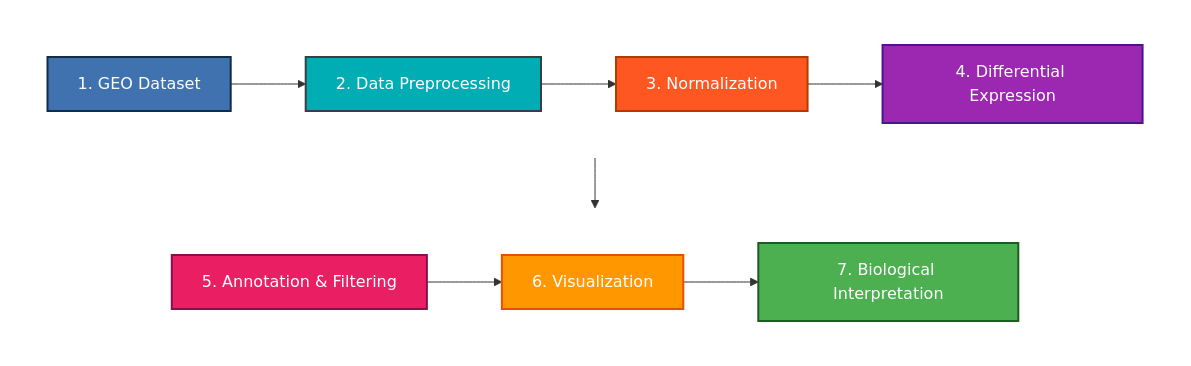
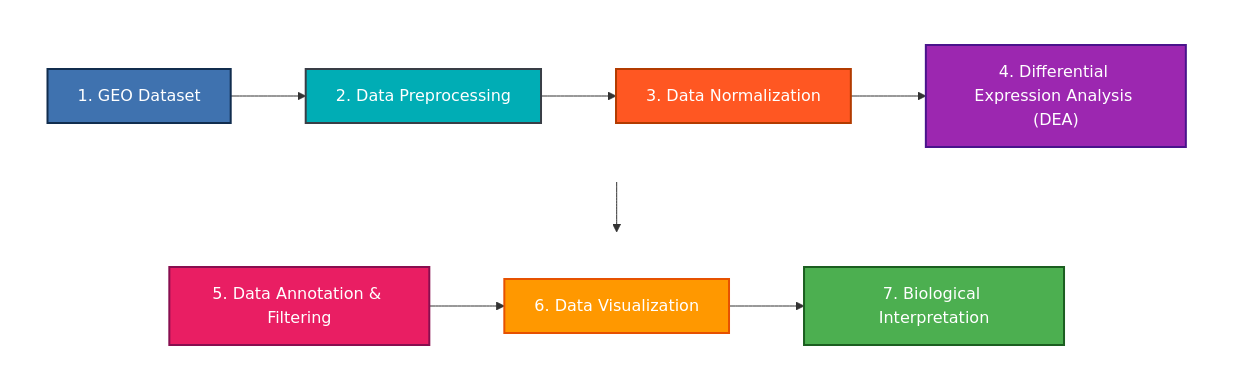
The diagram in README.md (JoseManurung/PDAC-PNI-Transcriptomics-Analysis), drawn with Mermaid before and after one commit. The commit also changed other lines of this file, not shown here.

````diff
--- a/README.md
+++ b/README.md
@@ -80,33 +80,33 @@
 ```mermaid
 graph TD
     %% Top Row: Steps 1 to 4 (Flowing Left to Right)
     subgraph Row1 [ ]
         direction LR
         S1["1. GEO Dataset"] --> S2["2. Data Preprocessing"]
-        S2 --> S3["3. Normalization"]
-        S3 --> S4["4. Differential Expression"]
+        S2 --> S3["3. Data Normalization"]
+        S3 --> S4["4. Differential Expression Analysis (DEA)"]
     end
 
     %% Vertical connector from Step 4 down to Step 5
     S4 --> S5
 
     %% Bottom Row: Steps 5 to 7 (Flowing Right to Left)
     subgraph Row2 [ ]
         direction LR
-        S5["5. Annotation & Filtering"] --> S6["6. Visualization"]
+        S5["5. Data Annotation & Filtering"] --> S6["6. Data Visualization"]
         S6 --> S7["7. Biological Interpretation"]
     end
 
     %% Creative Colorful Styling for Each Step
     style S1 fill:#3f72af,color:#fff,stroke:#112d4e,stroke-width:2px
     style S2 fill:#00adb5,color:#fff,stroke:#393e46,stroke-width:2px
     style S3 fill:#ff5722,color:#fff,stroke:#b23b00,stroke-width:2px
     style S4 fill:#9c27b0,color:#fff,stroke:#4a148c,stroke-width:2px
     style S5 fill:#e91e63,color:#fff,stroke:#880e4f,stroke-width:2px
     style S6 fill:#ff9800,color:#fff,stroke:#e65100,stroke-width:2px
     style S7 fill:#4caf50,color:#fff,stroke:#1b5e20,stroke-width:2px
 
     %% Remove subgraph borders and background for a clean layout
     style Row1 fill:transparent,stroke:none
     style Row2 fill:transparent,stroke:none
 ```
````
